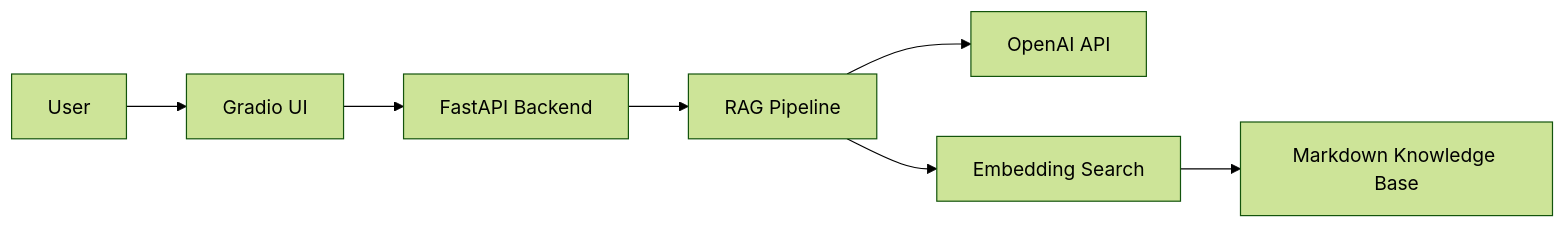
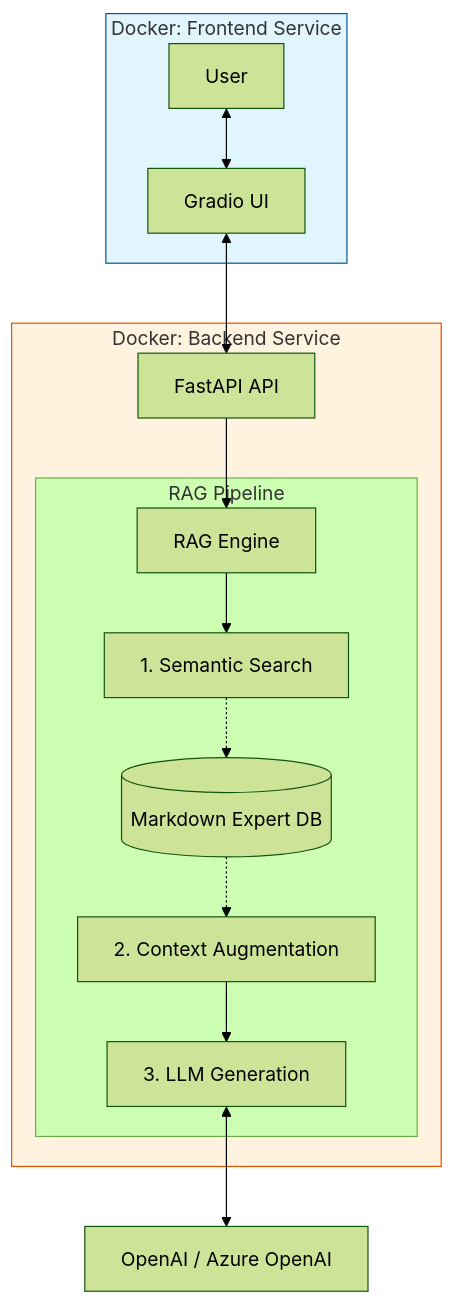
The diagram in README.md (jeannineshiu/ai-parenting-chatbot), drawn with Mermaid (forest theme) before and after one commit. The commit also changed other lines of this file, not shown here.

Commit message:
Revise architecture section and add flowchart
Updated architecture section to reflect system architecture and added a detailed flowchart.

````diff
--- a/README.md
+++ b/README.md
@@ -28,10 +30,23 @@
 ```mermaid
-flowchart LR
-    User --> UI[Gradio UI]
-    UI --> API[FastAPI Backend]
-    API --> RAG[RAG Pipeline]
-    RAG --> OpenAI[OpenAI API]
+flowchart TD
+    subgraph Frontend [Docker: Frontend Service]
+    A[User] <--> B[Gradio UI]
+    end
 
-    RAG --> Search[Embedding Search]
-    Search --> DB[Markdown Knowledge Base]
+    subgraph Backend [Docker: Backend Service]
+    B <--> C[FastAPI API]
+    C --> D[RAG Engine]
+    
+    subgraph RAG_Pipeline [RAG Pipeline]
+    D --> E[1. Semantic Search]
+    E -.-> F[(Markdown Expert DB)]
+    F -.-> G[2. Context Augmentation]
+    G --> H[3. LLM Generation]
+    end
+    end
+
+    H <--> I[OpenAI / Azure OpenAI]
+
+    style Frontend fill:#e1f5fe,stroke:#01579b
+    style Backend fill:#fff3e0,stroke:#e65100
 ```
````
